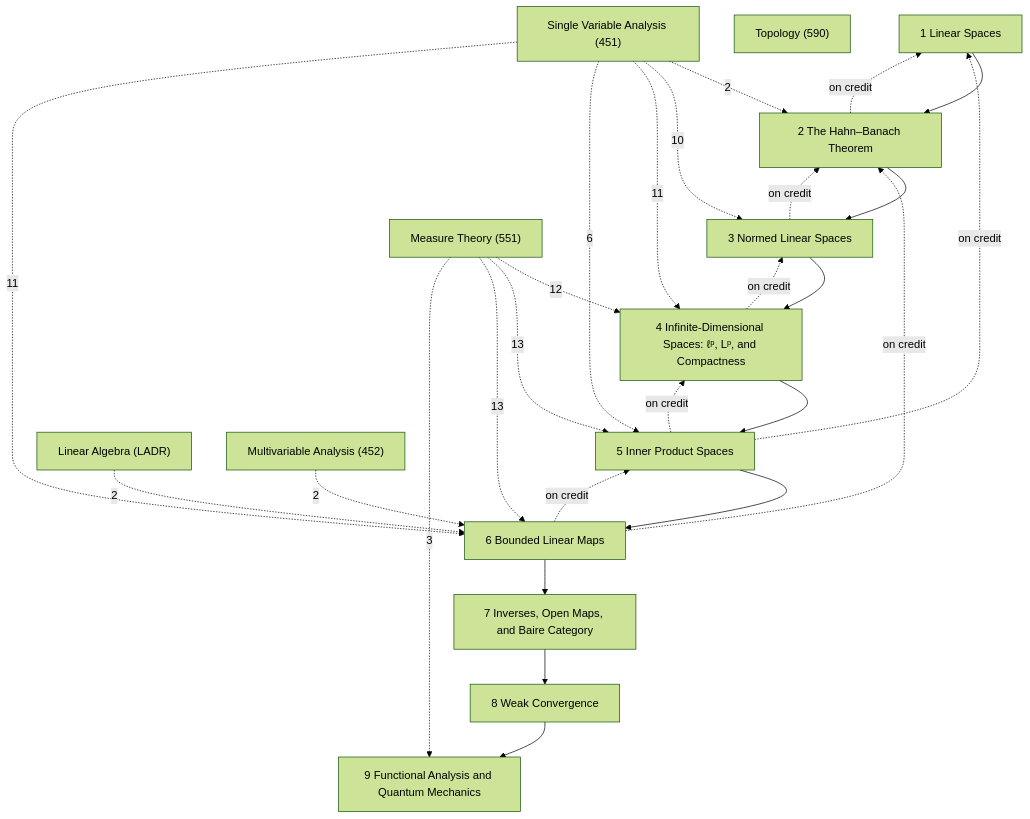
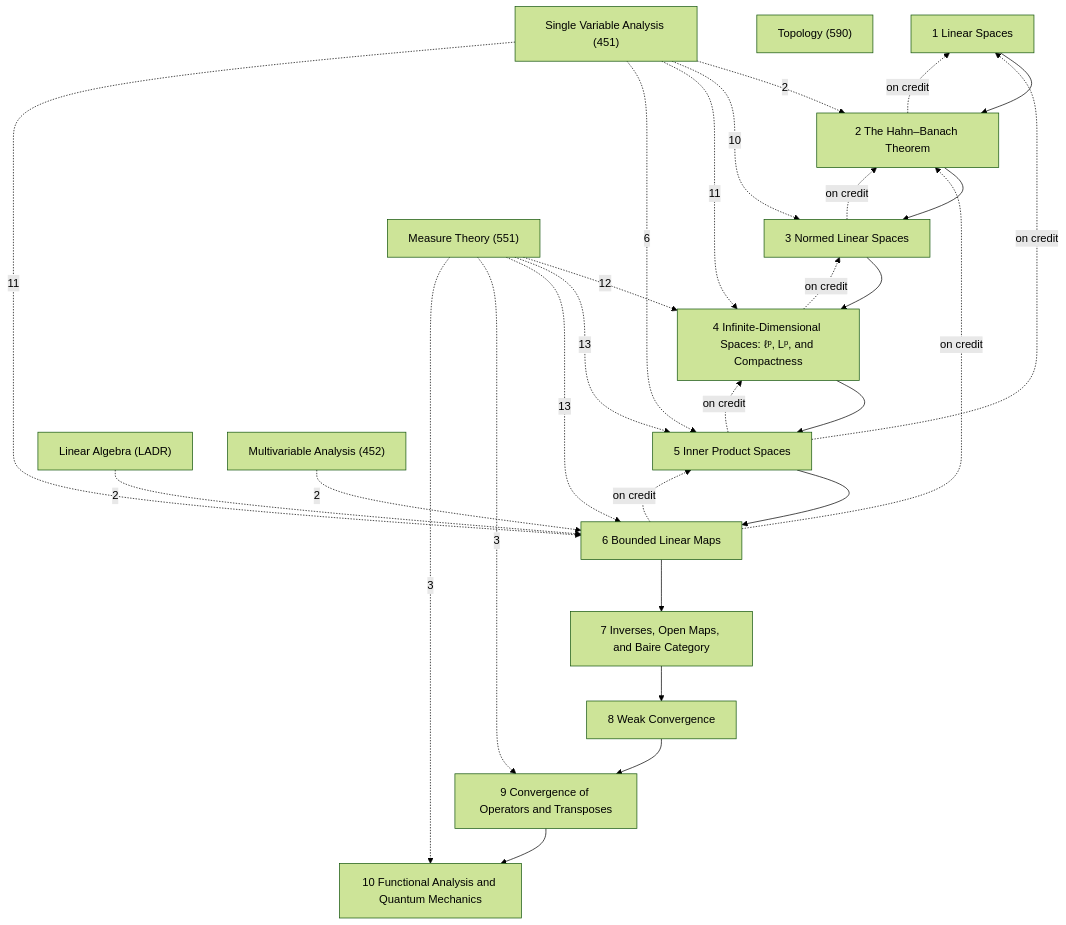
One commit to Onion20040508/notes changed the diagram in Math/Functional Analysis/Functional Analysis.md. Above: the diagram before and after it, drawn with Mermaid (forest theme). The commit also changed other lines of this file and 207 other files, not shown here.

````diff
--- a/Math/Functional Analysis/Functional Analysis.md
+++ b/Math/Functional Analysis/Functional Analysis.md
@@ -33,43 +33,46 @@
 ```mermaid
 graph TD
   C1["1 Linear Spaces"]
   C2["2 The Hahn–Banach Theorem"]
   C3["3 Normed Linear Spaces"]
   C4["4 Infinite-Dimensional Spaces: ℓᵖ, Lᵖ, and Compactness"]
   C5["5 Inner Product Spaces"]
   C6["6 Bounded Linear Maps"]
   C7["7 Inverses, Open Maps, and Baire Category"]
   C8["8 Weak Convergence"]
-  C9["9 Functional Analysis and Quantum Mechanics"]
+  C9["9 Convergence of Operators and Transposes"]
+  C10["10 Functional Analysis and Quantum Mechanics"]
   X1["Linear Algebra (LADR)"]
   X2["Measure Theory (551)"]
   X3["Topology (590)"]
   X4["Single Variable Analysis (451)"]
   X5["Multivariable Analysis (452)"]
   C1 --> C2
   C2 --> C3
   C3 --> C4
   C4 --> C5
   C5 --> C6
   C6 --> C7
   C7 --> C8
   C8 --> C9
+  C9 --> C10
   C2 -.->|on credit| C1
   C3 -.->|on credit| C2
   C4 -.->|on credit| C3
   C5 -.->|on credit| C1
   C5 -.->|on credit| C4
   C6 -.->|on credit| C2
   C6 -.->|on credit| C5
   X1 -.->|2| C6
   X2 -.->|12| C4
   X2 -.->|13| C5
   X2 -.->|13| C6
   X2 -.->|3| C9
+  X2 -.->|3| C10
   X5 -.->|2| C6
   X4 -.->|2| C2
   X4 -.->|10| C3
   X4 -.->|11| C4
   X4 -.->|6| C5
   X4 -.->|11| C6
 ```
````
